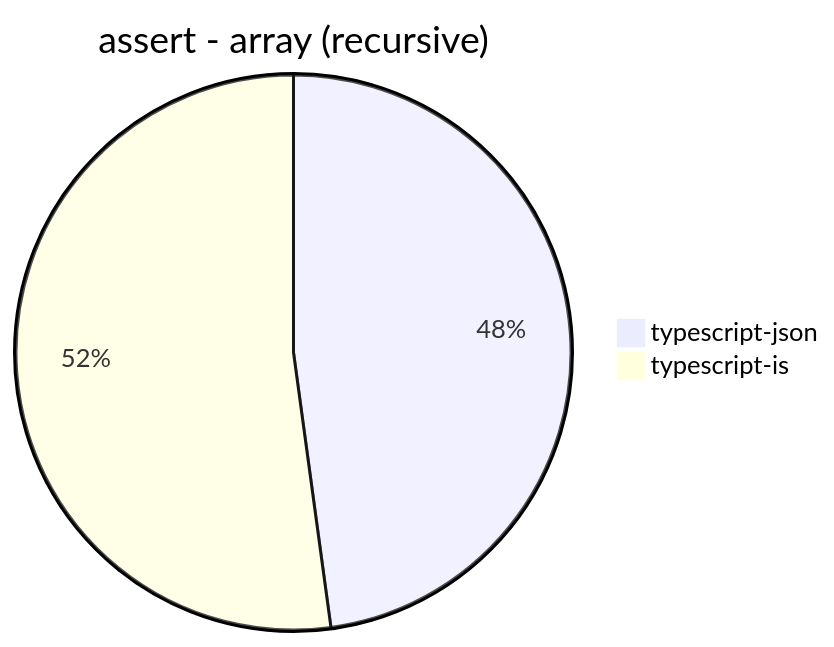
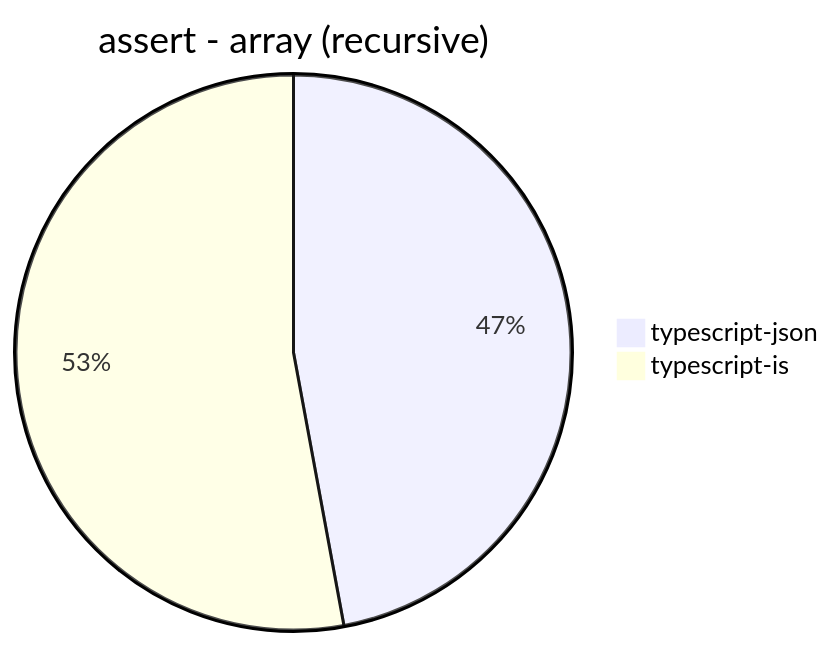
The fourth of 30 diagrams in benchmark/results/AMD Ryzen 7 5800H with Radeon Graphics         .md (samchon/typia), drawn with Mermaid before and after one commit. The commit also changed other lines of this file, not shown here.

````diff
--- a/benchmark/results/AMD Ryzen 7 5800H with Radeon Graphics         .md
+++ b/benchmark/results/AMD Ryzen 7 5800H with Radeon Graphics         .md
@@ -38,5 +38,5 @@
 ```mermaid
 pie title assert - array (recursive)
-  "typescript-json": 1384.975646309479
-  "typescript-is": 1509.7569955817378
+  "typescript-json": 1332.274341244627
+  "typescript-is": 1496.776570270768
 ```
````
